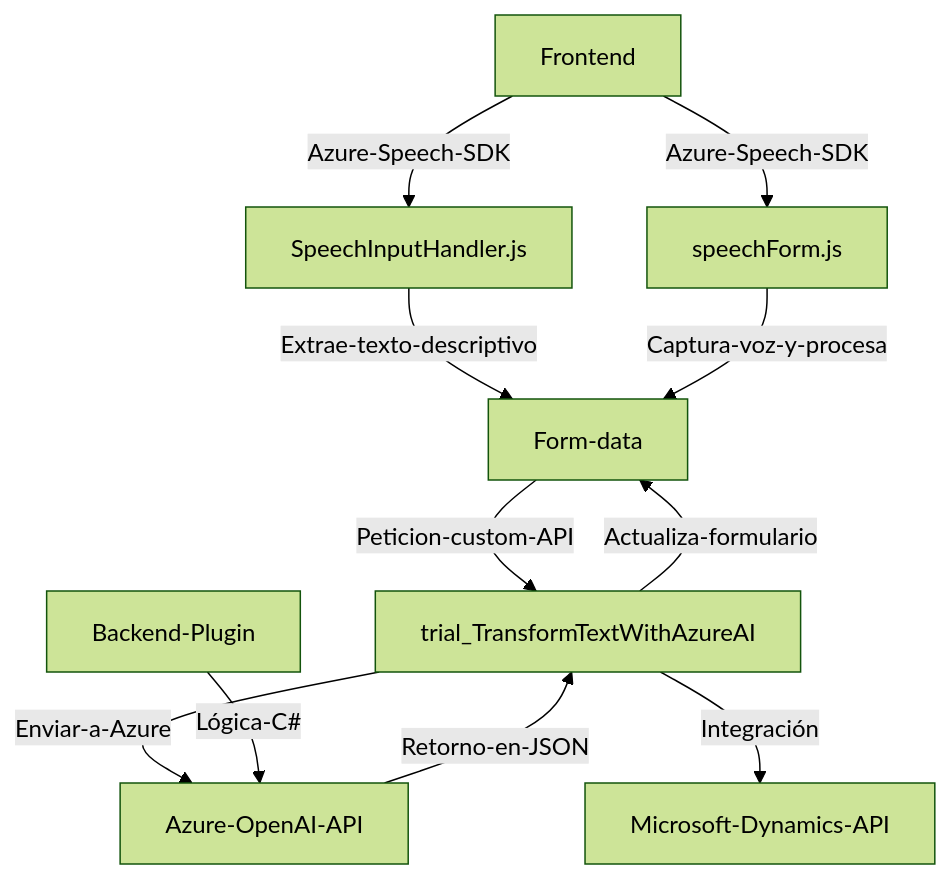
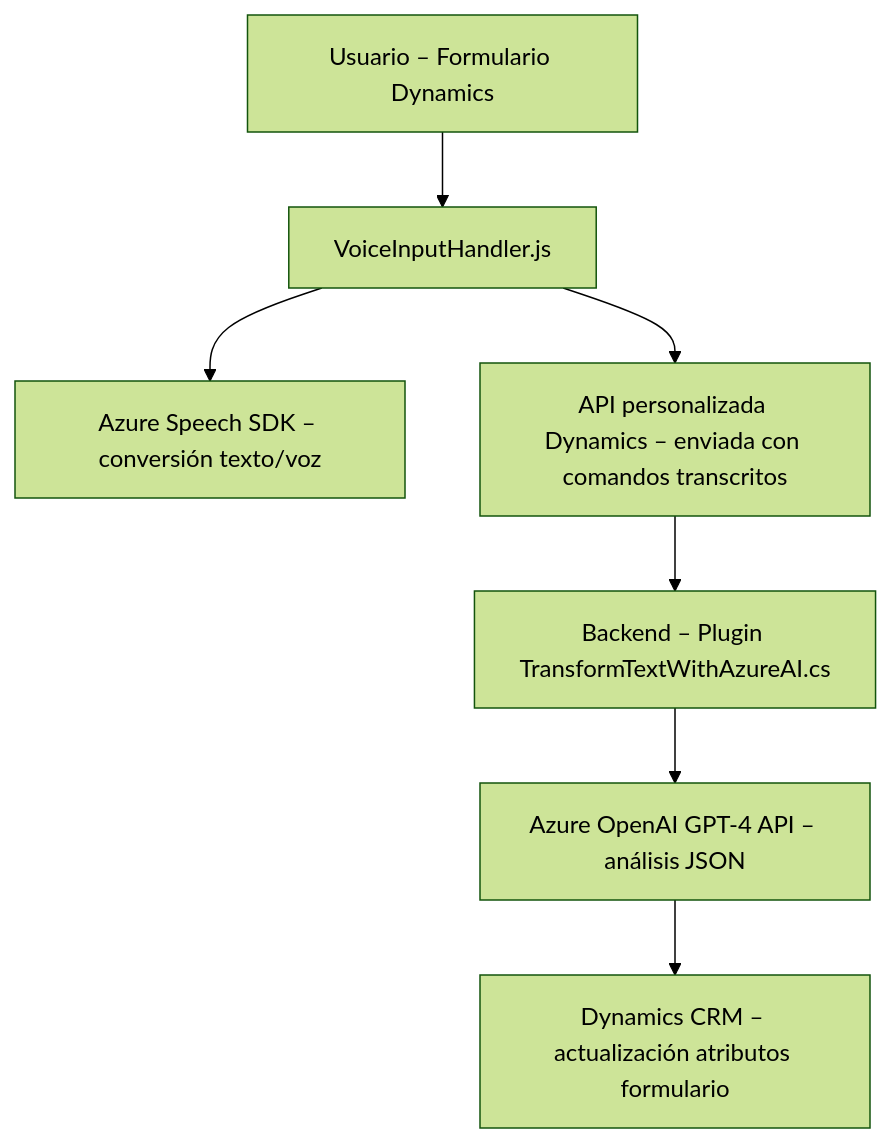
The diagram in README.md (blopezdm/NETCORE_BILBAO2025), drawn with Mermaid (forest theme) before and after one commit. The commit also changed other lines of this file, not shown here.

Commit message:
Actualizar análisis global de la solución con IA

````diff
--- a/README.md
+++ b/README.md
@@ -42,13 +52,9 @@
 ```mermaid
 graph TD
-    A[Frontend] --> |Azure-Speech-SDK| B["SpeechInputHandler.js"]
-    A --> |Azure-Speech-SDK| C["speechForm.js"]
-    B --> |Extrae-texto-descriptivo| D["Form-data"]
-    C --> |Captura-voz-y-procesa| D
-    D --> |Peticion-custom-API| E["trial_TransformTextWithAzureAI"]
-    E --> |Enviar-a-Azure| F["Azure-OpenAI-API"]
-    F --> |Retorno-en-JSON| E
-    E --> |Actualiza-formulario| D
-    G[Backend-Plugin] --> |Lógica-C#| F
-    E --> |Integración| H["Microsoft-Dynamics-API"]
+    A["Usuario – Formulario Dynamics"] --> B["VoiceInputHandler.js"]
+    B --> C["Azure Speech SDK – conversión texto/voz"]
+    B --> D["API personalizada Dynamics – enviada con comandos transcritos"]
+    D --> E["Backend – Plugin TransformTextWithAzureAI.cs"]
+    E --> F["Azure OpenAI GPT-4 API – análisis JSON"]
+    F --> G["Dynamics CRM – actualización atributos formulario"]
 ```
````
